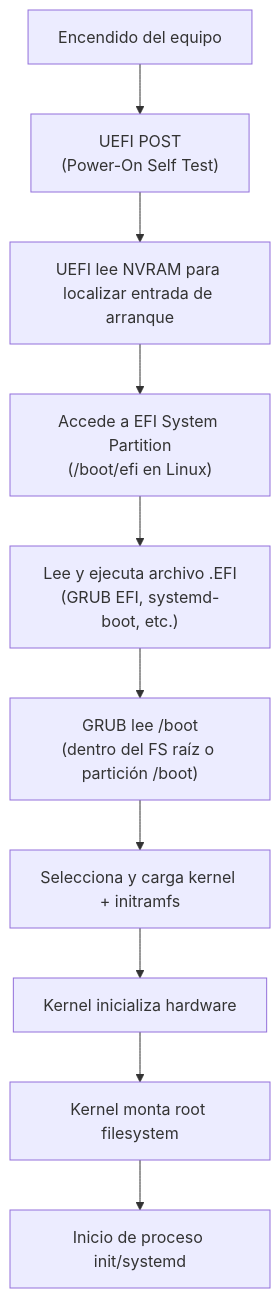
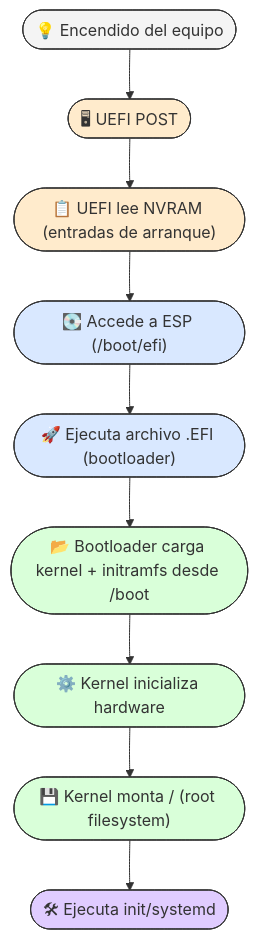
One commit to GualaDRAKE/LFS4Students-ES changed the second of 3 diagrams in Anexos_LFS4Students-ES/Bios_boot-UEFI.md. Above: the diagram before and after it, drawn with Mermaid. The commit also changed other lines of this file, not shown here.

````diff
--- a/Anexos_LFS4Students-ES/Bios_boot-UEFI.md
+++ b/Anexos_LFS4Students-ES/Bios_boot-UEFI.md
@@ -299,12 +163,21 @@
 ```mermaid
 flowchart TD
-    A["Encendido del equipo"] --> B["UEFI POST<br>(Power-On Self Test)"]
-    B --> C["UEFI lee NVRAM para localizar entrada de arranque"]
-    C --> D["Accede a EFI System Partition<br>(/boot/efi en Linux)"]
-    D --> E["Lee y ejecuta archivo .EFI<br>(GRUB EFI, systemd-boot, etc.)"]
-    E --> F["GRUB lee /boot<br>(dentro del FS raíz o partición /boot)"]
-    F --> G["Selecciona y carga kernel + initramfs"]
-    G --> H["Kernel inicializa hardware"]
-    H --> I["Kernel monta root filesystem"]
-    I --> J["Inicio de proceso init/systemd"]
+    A(["💡 Encendido del equipo"]) --> B(["🖥 UEFI POST"])
+    B --> C(["📋 UEFI lee NVRAM (entradas de arranque)"])
+    C --> D(["💽 Accede a ESP (/boot/efi)"])
+    D --> E(["🚀 Ejecuta archivo .EFI (bootloader)"])
+    E --> F(["📂 Bootloader carga kernel + initramfs desde /boot"])
+    F --> G(["⚙️ Kernel inicializa hardware"])
+    G --> H(["💾 Kernel monta / (root filesystem)"])
+    H --> I(["🛠 Ejecuta init/systemd"])
+
+    style A fill:#f4f4f4,stroke:#333,stroke-width:1px
+    style B fill:#ffebcc,stroke:#333,stroke-width:1px
+    style C fill:#ffebcc,stroke:#333,stroke-width:1px
+    style D fill:#d9e8ff,stroke:#333,stroke-width:1px
+    style E fill:#d9e8ff,stroke:#333,stroke-width:1px
+    style F fill:#d9ffd9,stroke:#333,stroke-width:1px
+    style G fill:#d9ffd9,stroke:#333,stroke-width:1px
+    style H fill:#d9ffd9,stroke:#333,stroke-width:1px
+    style I fill:#e0ccff,stroke:#333,stroke-width:1px
 ```
````
